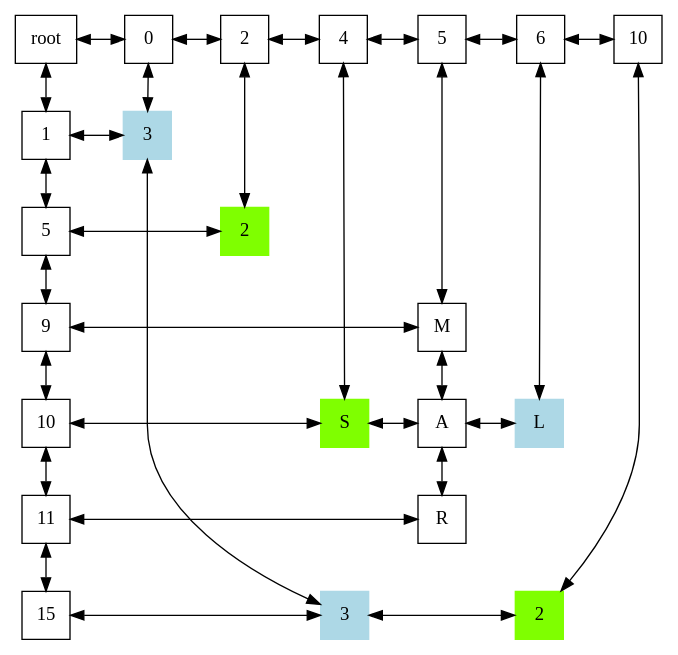
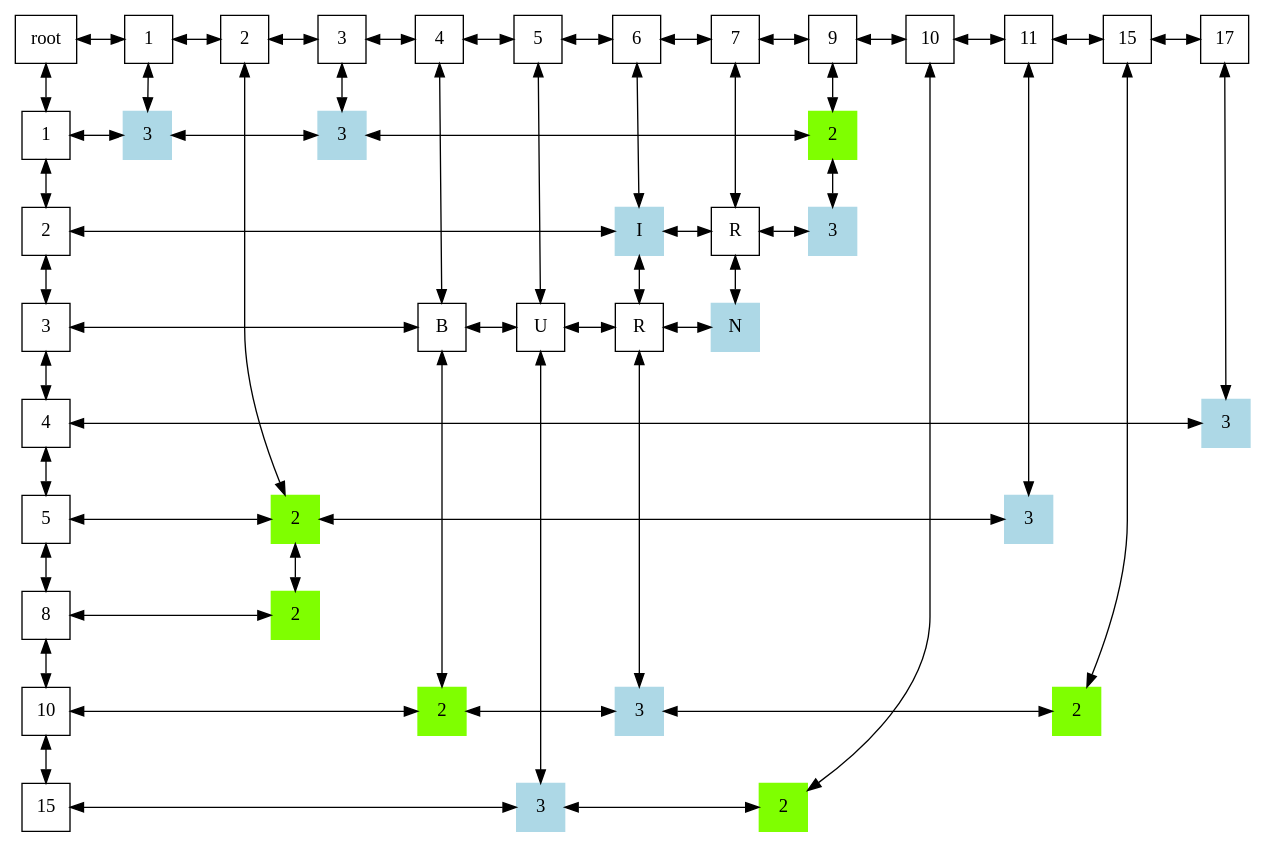
One commit to AhiezerRamirez/EDD_1S2020_PY1_201709062 changed the diagram in matriz.dot. Above: the diagram before and after it, drawn with Graphviz. The commit also changed 33 other files, not shown here.

```diff
--- a/matriz.dot
+++ b/matriz.dot
@@ -1,69 +1,117 @@
 digraph { 
  rankdir = TB; 
  node [shape=rectangle, height=0.5, width=0.5]; 
  graph[ nodesep = 0.5];
-CH0[label="0"];
+CH1[label="1"];
 CH2[label="2"];
+CH3[label="3"];
 CH4[label="4"];
 CH5[label="5"];
 CH6[label="6"];
+CH7[label="7"];
+CH9[label="9"];
 CH10[label="10"];
+CH11[label="11"];
+CH15[label="15"];
+CH17[label="17"];
 
-CV1 [label="1"];
-CV5 [label="5"];
-CV9 [label="9"];
-CV10 [label="10"];
-CV11 [label="11"];
-CV15 [label="15"];
+CV1 [label="1", group = 0 ];
+CV2 [label="2", group = 0 ];
+CV3 [label="3", group = 0 ];
+CV4 [label="4", group = 0 ];
+CV5 [label="5", group = 0 ];
+CV8 [label="8", group = 0 ];
+CV10 [label="10", group = 0 ];
+CV15 [label="15", group = 0 ];
 
-nodo001[label="3" style=filled color=lightblue];
-nodo0015[label="3" style=filled color=lightblue];
-nodo205[label="2" style=filled color=chartreuse];
-nodo4010[label="S" style=filled color=chartreuse];
-nodo509[label="M"];
-nodo5010[label="A"];
-nodo5011[label="R"];
-nodo6010[label="L" style=filled color=lightblue];
-nodo10015[label="2" style=filled color=chartreuse];
+nodo101[label="3" style=filled color=lightblue group = 1];
+nodo205[label="2" style=filled color=chartreuse group = 2];
+nodo208[label="2" style=filled color=chartreuse group = 2];
+nodo301[label="3" style=filled color=lightblue group = 3];
+nodo403[label="B" group = 4];
+nodo4010[label="2" style=filled color=chartreuse group = 4];
+nodo503[label="U" group = 5];
+nodo5015[label="3" style=filled color=lightblue group = 5];
+nodo602[label="I" style=filled color=lightblue group = 6];
+nodo603[label="R" group = 6];
+nodo6010[label="3" style=filled color=lightblue group = 6];
+nodo702[label="R" group = 7];
+nodo703[label="N" style=filled color=lightblue group = 7];
+nodo901[label="2" style=filled color=chartreuse group = 8];
+nodo902[label="3" style=filled color=lightblue group = 8];
+nodo10015[label="2" style=filled color=chartreuse group = 9];
+nodo1105[label="3" style=filled color=lightblue group = 10];
+nodo15010[label="2" style=filled color=chartreuse group = 11];
+nodo1704[label="3" style=filled color=lightblue group = 12];
 
-root -> CH0[ dir=both];
-CH0 -> CH2[ dir=both];
-CH2 -> CH4[ dir=both];
+root -> CH1[ dir=both];
+CH1 -> CH2[ dir=both];
+CH2 -> CH3[ dir=both];
+CH3 -> CH4[ dir=both];
 CH4 -> CH5[ dir=both];
 CH5 -> CH6[ dir=both];
-CH6 -> CH10[ dir=both];
+CH6 -> CH7[ dir=both];
+CH7 -> CH9[ dir=both];
+CH9 -> CH10[ dir=both];
+CH10 -> CH11[ dir=both];
+CH11 -> CH15[ dir=both];
+CH15 -> CH17[ dir=both];
 root -> CV1[ dir=both];
-CV1 -> CV5 [ dir=both];
-CV5 -> CV9 [ dir=both];
-CV9 -> CV10 [ dir=both];
-CV10 -> CV11 [ dir=both];
-CV11 -> CV15 [ dir=both];
+CV1 -> CV2 [ dir=both];
+CV2 -> CV3 [ dir=both];
+CV3 -> CV4 [ dir=both];
+CV4 -> CV5 [ dir=both];
+CV5 -> CV8 [ dir=both];
+CV8 -> CV10 [ dir=both];
+CV10 -> CV15 [ dir=both];
 
-CH0 -> nodo001 [ dir=both];
-nodo001 -> nodo0015 [ dir=both];
+CH1 -> nodo101 [ dir=both];
 CH2 -> nodo205 [ dir=both];
-CH4 -> nodo4010 [ dir=both];
-CH5 -> nodo509 [ dir=both];
-nodo509 -> nodo5010 [ dir=both];
-nodo5010 -> nodo5011 [ dir=both];
-CH6 -> nodo6010 [ dir=both];
+nodo205 -> nodo208 [ dir=both];
+CH3 -> nodo301 [ dir=both];
+CH4 -> nodo403 [ dir=both];
+nodo403 -> nodo4010 [ dir=both];
+CH5 -> nodo503 [ dir=both];
+nodo503 -> nodo5015 [ dir=both];
+CH6 -> nodo602 [ dir=both];
+nodo602 -> nodo603 [ dir=both];
+nodo603 -> nodo6010 [ dir=both];
+CH7 -> nodo702 [ dir=both];
+nodo702 -> nodo703 [ dir=both];
+CH9 -> nodo901 [ dir=both];
+nodo901 -> nodo902 [ dir=both];
 CH10 -> nodo10015 [ dir=both];
+CH11 -> nodo1105 [ dir=both];
+CH15 -> nodo15010 [ dir=both];
+CH17 -> nodo1704 [ dir=both];
 
-CV1 -> nodo001 [constraint=false, dir=both];
+CV1 -> nodo101 [constraint=false, dir=both];
+nodo101 -> nodo301 [ dir=both];
+nodo301 -> nodo901 [ dir=both];
+CV2 -> nodo602 [constraint=false, dir=both];
+nodo602 -> nodo702 [ dir=both];
+nodo702 -> nodo902 [ dir=both];
+CV3 -> nodo403 [constraint=false, dir=both];
+nodo403 -> nodo503 [ dir=both];
+nodo503 -> nodo603 [ dir=both];
+nodo603 -> nodo703 [ dir=both];
+CV4 -> nodo1704 [constraint=false, dir=both];
 CV5 -> nodo205 [constraint=false, dir=both];
-CV9 -> nodo509 [constraint=false, dir=both];
+nodo205 -> nodo1105 [ dir=both];
+CV8 -> nodo208 [constraint=false, dir=both];
 CV10 -> nodo4010 [constraint=false, dir=both];
-nodo4010 -> nodo5010 [ dir=both];
-nodo5010 -> nodo6010 [ dir=both];
-CV11 -> nodo5011 [constraint=false, dir=both];
-CV15 -> nodo0015 [constraint=false, dir=both];
-nodo0015 -> nodo10015 [ dir=both];
+nodo4010 -> nodo6010 [ dir=both];
+nodo6010 -> nodo15010 [ dir=both];
+CV15 -> nodo5015 [constraint=false, dir=both];
+nodo5015 -> nodo10015 [ dir=both];
 
-{ rank=same;root;CH0 ;CH2 ;CH4 ;CH5 ;CH6 ;CH10 ;}
-{rank= same;CV1;nodo001;}
-{rank= same;CV5;nodo205;}
-{rank= same;CV9;nodo509;}
-{rank= same;CV10;nodo4010;nodo5010;nodo6010;}
-{rank= same;CV11;nodo5011;}
-{rank= same;CV15;nodo0015;nodo10015;}
+{ rank=same;root;CH1 ;CH2 ;CH3 ;CH4 ;CH5 ;CH6 ;CH7 ;CH9 ;CH10 ;CH11 ;CH15 ;CH17 ;}
+{rank= same;CV1;nodo101;nodo301;nodo901;}
+{rank= same;CV2;nodo602;nodo702;nodo902;}
+{rank= same;CV3;nodo403;nodo503;nodo603;nodo703;}
+{rank= same;CV4;nodo1704;}
+{rank= same;CV5;nodo205;nodo1105;}
+{rank= same;CV8;nodo208;}
+{rank= same;CV10;nodo4010;nodo6010;nodo15010;}
+{rank= same;CV15;nodo5015;nodo10015;}
 }
```
